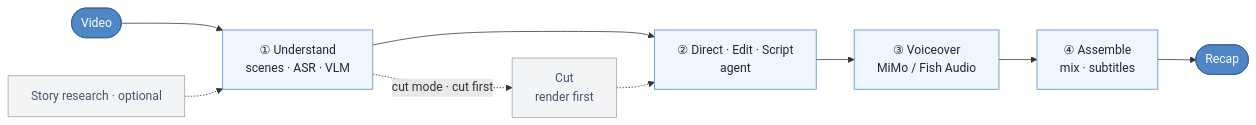
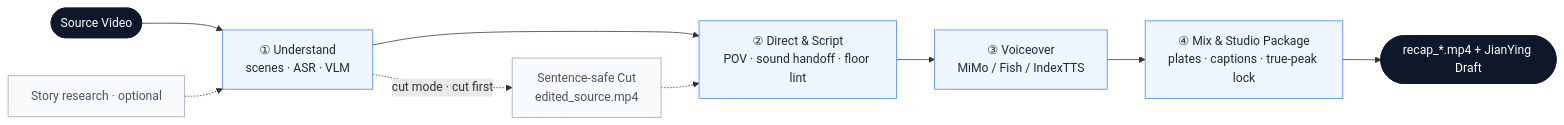
Before and after one commit to zenstory-ai/video-recap-skills: the diagram in README.en.md, drawn with Mermaid. The commit also changed other lines of this file and 4 other files, not shown here.

````diff
--- a/README.en.md
+++ b/README.en.md
@@ -334,13 +167,16 @@
 ```mermaid
 flowchart LR
-    video(["Video"]) --> understand["① Understand<br/>scenes · ASR · VLM"]
+    video(["Source Video"]) --> understand["① Understand<br/>scenes · ASR · VLM"]
     research["Story research · optional"] -.-> understand
-    understand --> script["② Direct · Edit · Script<br/>agent"] --> voiceover["③ Voiceover<br/>MiMo / Fish Audio"] --> assemble["④ Assemble<br/>mix · subtitles"] --> output(["Recap"])
-    understand -. cut mode · cut first .-> cut["Cut<br/>render first"] -.-> script
-    classDef io fill:#4f86c6,stroke:#3a6298,color:#fff;
-    classDef stage fill:#eef6ff,stroke:#4f86c6,color:#1f2937;
-    classDef opt fill:#f3f4f6,stroke:#9ca3af,color:#475569;
+    understand --> plan["② Direct & Script<br/>POV · sound handoff · floor lint"]
+    understand -. "cut mode · cut first" .-> cut["Sentence-safe Cut<br/>edited_source.mp4"] -.-> plan
+    plan --> voiceover["③ Voiceover<br/>MiMo / Fish / IndexTTS"]
+    voiceover --> assemble["④ Mix & Studio Package<br/>plates · captions · true-peak lock"]
+    assemble --> output(["recap_*.mp4 + JianYing Draft"])
+    classDef io fill:#0f172a,stroke:#0f172a,color:#fff;
+    classDef stage fill:#eff6ff,stroke:#3b82f6,color:#1e293b;
+    classDef opt fill:#f8fafc,stroke:#94a3b8,color:#475569;
     class video,output io;
-    class understand,script,voiceover,assemble stage;
+    class understand,plan,voiceover,assemble stage;
     class research,cut opt;
 ```
````
